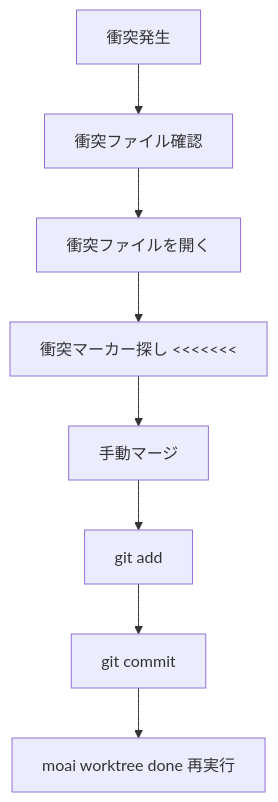
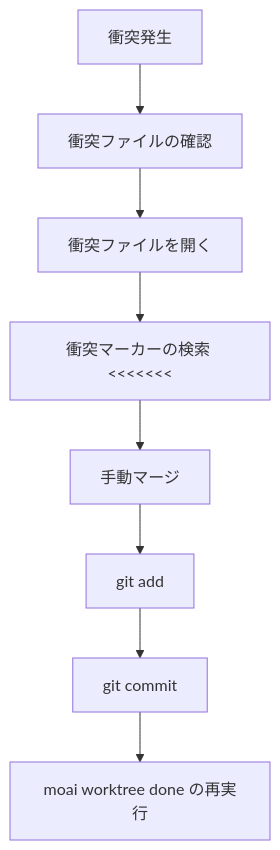
One commit to modu-ai/moai-adk changed the sixth of 9 diagrams in docs-site/content/ja/worktree/faq.md. Above: the diagram before and after it, drawn with Mermaid. The commit also changed other lines of this file and 395 other files, not shown here.

````diff
--- a/docs-site/content/ja/worktree/faq.md
+++ b/docs-site/content/ja/worktree/faq.md
@@ -249,10 +250,10 @@
 ```mermaid
 flowchart TD
-    A[衝突発生] --> B[衝突ファイル確認]
+    A[衝突発生] --> B[衝突ファイルの確認]
     B --> C[衝突ファイルを開く]
-    C --> D[衝突マーカー探し &lt;&lt;&lt;&lt;&lt;&lt;&lt;]
+    C --> D[衝突マーカーの検索 &lt;&lt;&lt;&lt;&lt;&lt;&lt;]
     D --> E[手動マージ]
     E --> F[git add]
     F --> G[git commit]
-    G --> H[moai worktree done 再実行]
+    G --> H[moai worktree done の再実行]
 ```
````
